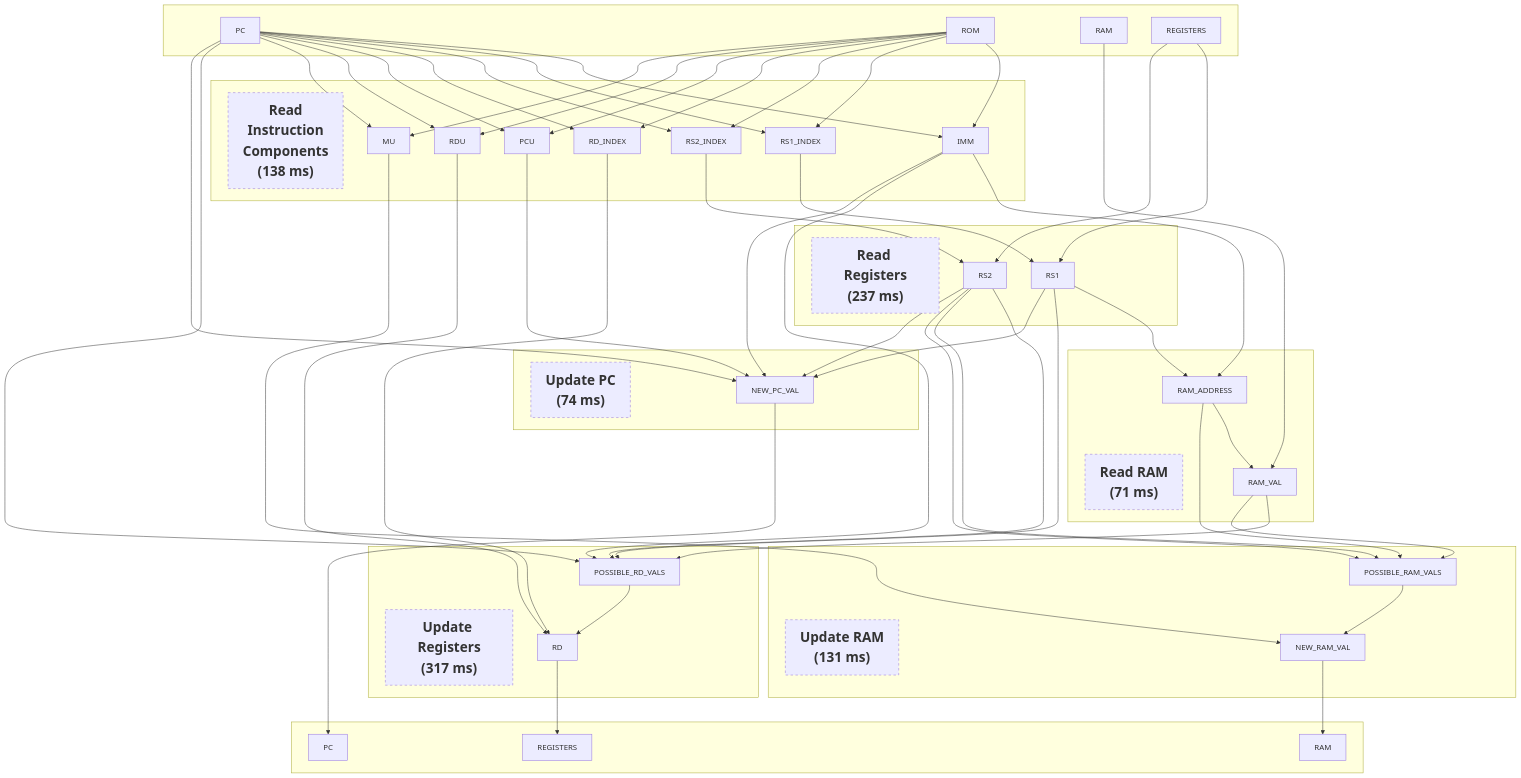
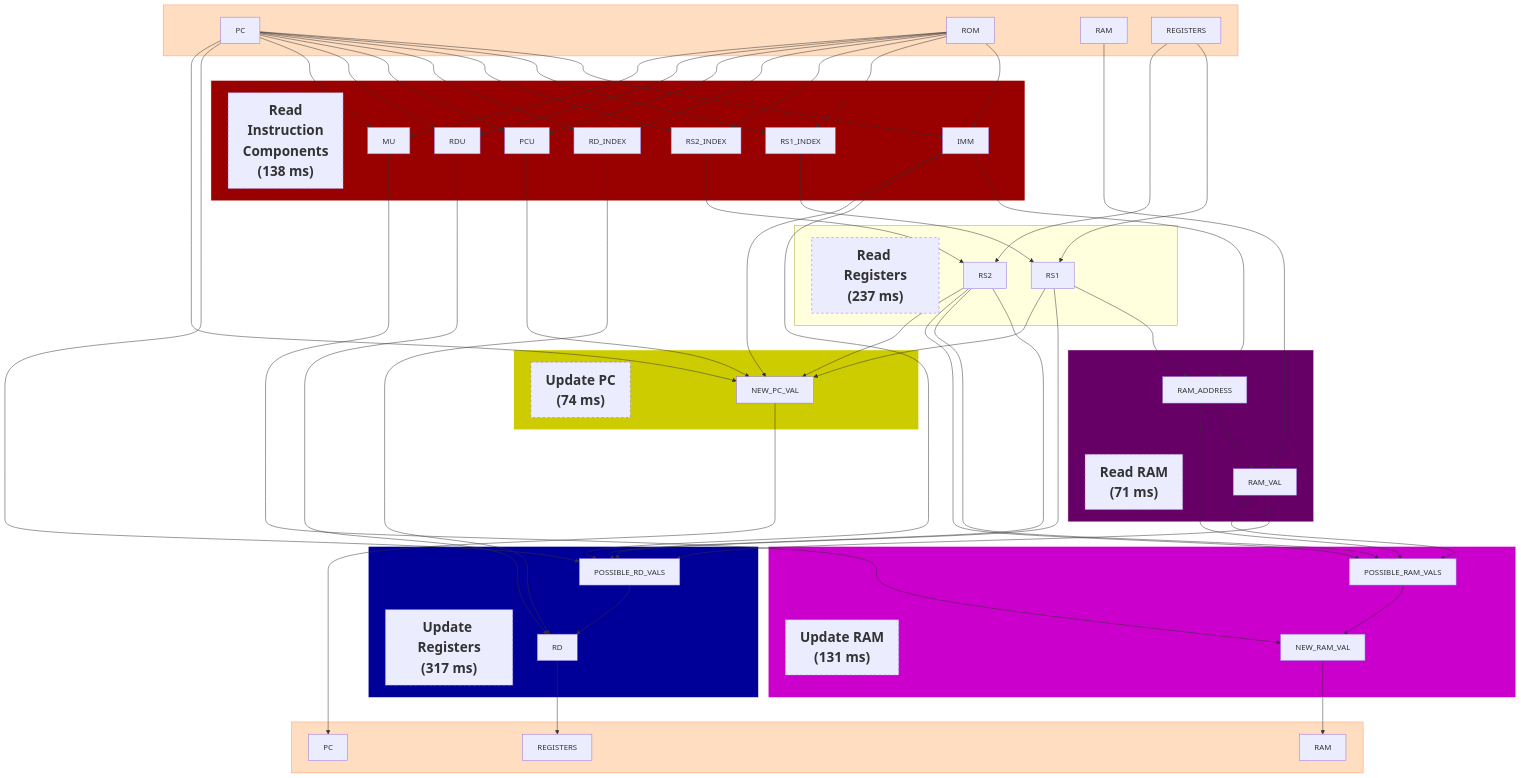
The diagram in doc/costs.md (phantomzone-org/phantom), drawn with Mermaid before and after one commit. The commit also changed 3 other files, not shown here.

```diff
--- a/doc/costs.md
+++ b/doc/costs.md
@@ -38,6 +38,7 @@
 graph TD
 
     subgraph start_block [" "]
+        style start_block fill:#FFDDC1,stroke:#FF9966
         PC["PC "]
         ROM["ROM"]
         RAM["RAM"]
@@ -45,6 +46,7 @@
     end
 
     subgraph read_inst [" "]
+        style read_inst fill:#990000,stroke:#FFFFFF
         READ_INST_LABEL["Read<br>Instruction<br>Components<br>(138 ms)"]
         IMM["IMM"]
         RS1_INDEX["RS1_INDEX"]
@@ -56,6 +58,7 @@
     end
     
     subgraph read_ram [" "]
+        style read_ram fill:#660066,stroke:#FFFFFF
         READ_RAM_LABEL["Read RAM<br>(71 ms)"]
         RAM_ADDRESS["RAM_ADDRESS"]
         RAM_VAL["RAM_VAL"]
@@ -68,23 +71,27 @@
     end
 
     subgraph update_reg [" "]
+        style update_reg fill:#000099,stroke:#FFFFFF
         UPDATE_REG_LABEL["Update Registers<br>(317 ms)"]
         POSSIBLE_RD_VALS["POSSIBLE_RD_VALS"]
         RD["RD"]
     end
 
     subgraph update_ram [" "]
+        style update_ram fill:#CC00CC,stroke:#FFFFFF
         UPDATE_RAM_LABEL["Update RAM<br>(131 ms)"]
         POSSIBLE_RAM_VALS["POSSIBLE_RAM_VALS"]
         NEW_RAM_VAL["NEW_RAM_VAL"]
     end
 
     subgraph update_pc [" "]
+        style update_pc fill:#CCCC00,stroke:#FFFFFF
         UPDATE_PC_LABEL["Update PC<br>(74 ms)"]
         NEW_PC_VAL["NEW_PC_VAL"]
     end
 
     subgraph end_block [" "]
+        style end_block fill:#FFDDC1,stroke:#FF9966
         PC_AFTER["PC"]
         RAM_AFTER["RAM"]
         REGISTERS_AFTER["REGISTERS"]
```
